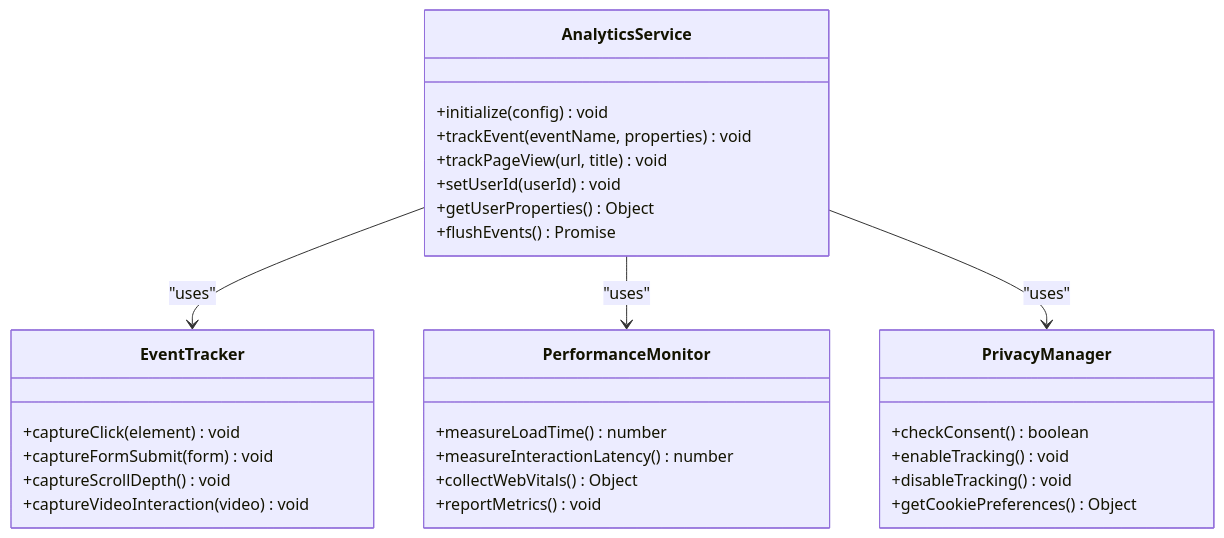
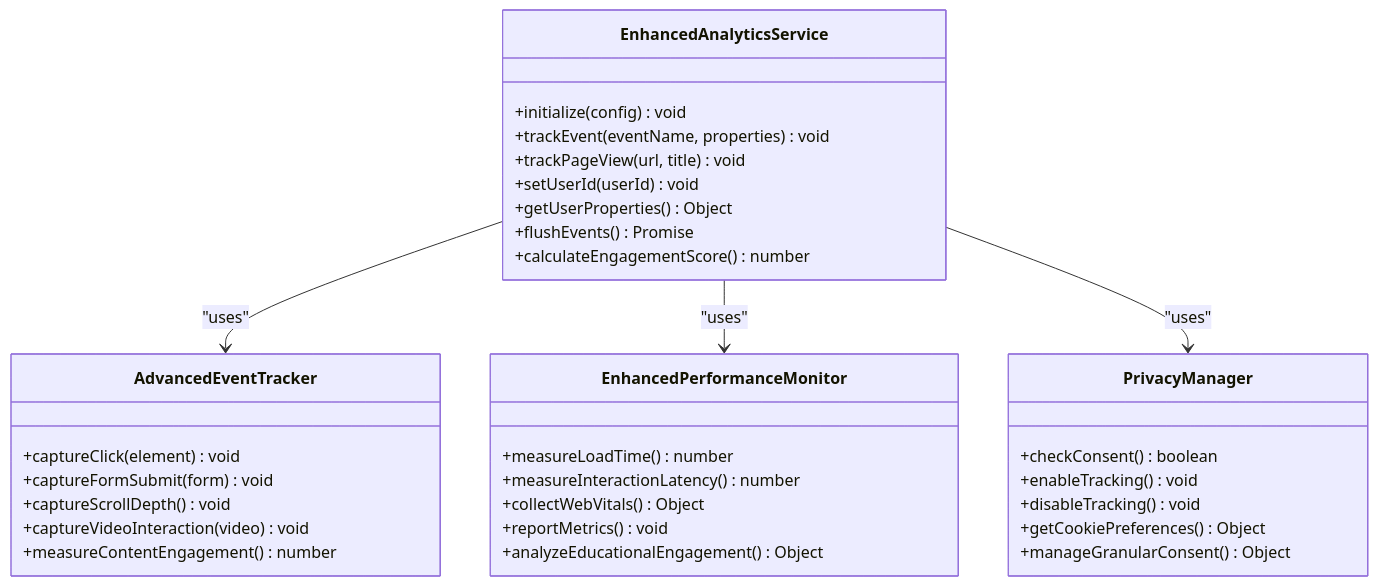
The fourth of 6 diagrams in .qoder/repowiki/en/content/Backend Services & API/Analytics & Tracking Services.md (Dunstun2/GeniusMind-Home-Schooling), drawn with Mermaid before and after one commit. The commit also changed other lines of this file and 42 other files, not shown here.

````diff
--- a/.qoder/repowiki/en/content/Backend Services & API/Analytics & Tracking Services.md
+++ b/.qoder/repowiki/en/content/Backend Services & API/Analytics & Tracking Services.md
@@ -180,32 +188,36 @@
 ```mermaid
 classDiagram
-class AnalyticsService {
+class EnhancedAnalyticsService {
 +initialize(config) void
 +trackEvent(eventName, properties) void
 +trackPageView(url, title) void
 +setUserId(userId) void
 +getUserProperties() Object
 +flushEvents() Promise
++calculateEngagementScore() number
 }
-class EventTracker {
+class AdvancedEventTracker {
 +captureClick(element) void
 +captureFormSubmit(form) void
 +captureScrollDepth() void
 +captureVideoInteraction(video) void
++measureContentEngagement() number
 }
-class PerformanceMonitor {
+class EnhancedPerformanceMonitor {
 +measureLoadTime() number
 +measureInteractionLatency() number
 +collectWebVitals() Object
 +reportMetrics() void
++analyzeEducationalEngagement() Object
 }
 class PrivacyManager {
 +checkConsent() boolean
 +enableTracking() void
 +disableTracking() void
 +getCookiePreferences() Object
++manageGranularConsent() Object
 }
-AnalyticsService --> EventTracker : "uses"
-AnalyticsService --> PerformanceMonitor : "uses"
-AnalyticsService --> PrivacyManager : "uses"
+EnhancedAnalyticsService --> AdvancedEventTracker : "uses"
+EnhancedAnalyticsService --> EnhancedPerformanceMonitor : "uses"
+EnhancedAnalyticsService --> PrivacyManager : "uses"
 ```
````
